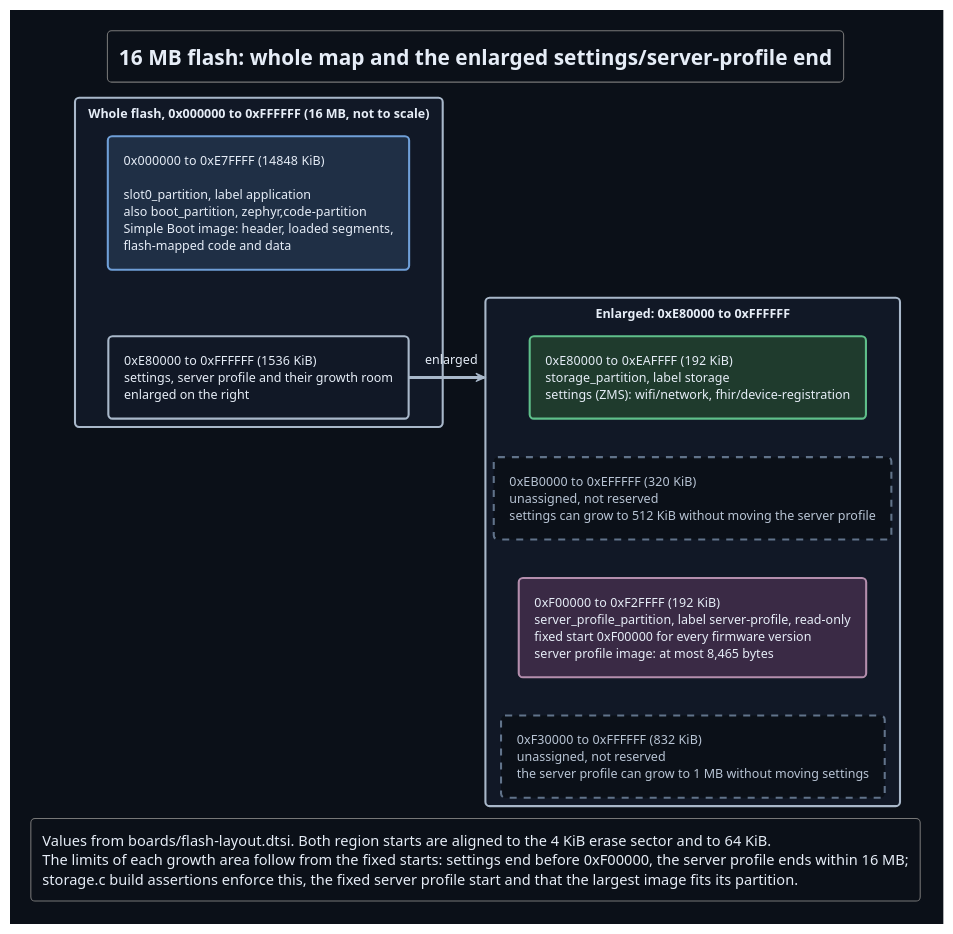
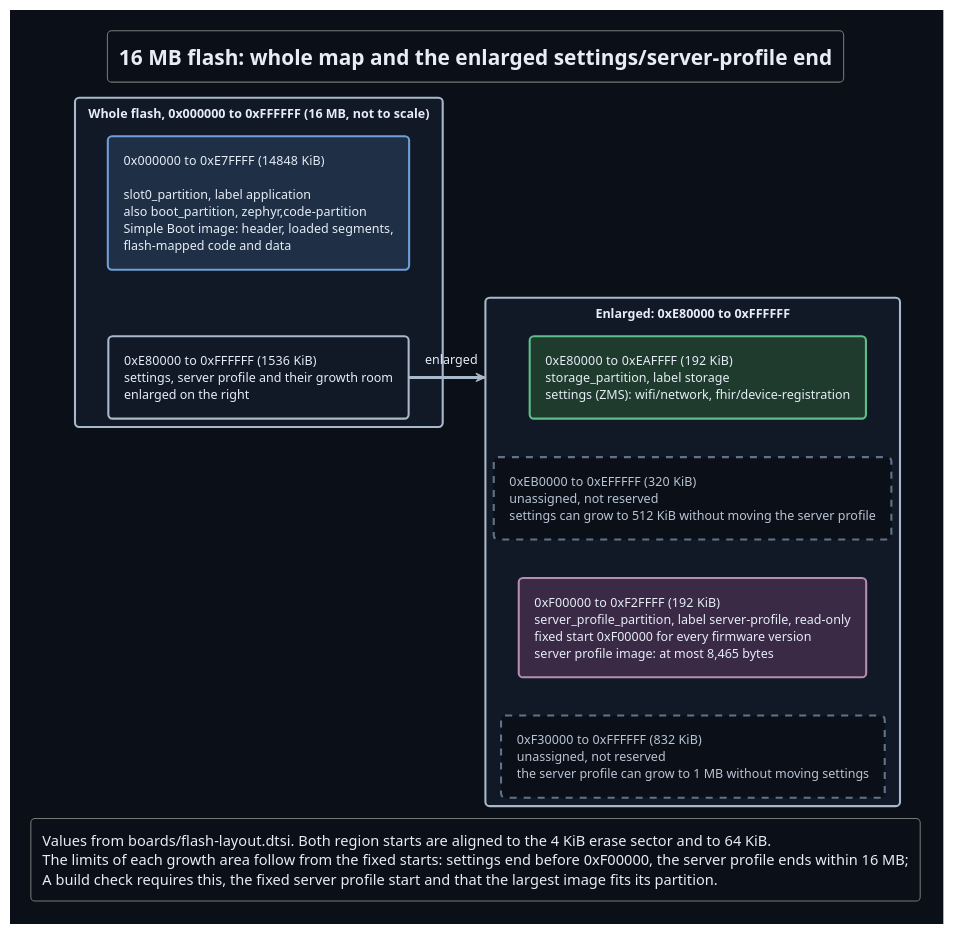
Before and after one commit to DemonicPsychoII/DigitalStethoscope: the diagram in Development/system/design/STORAGE/flash-layout.puml, drawn with PlantUML. The commit also changed 5 other files, not shown here.

First line of the commit message:
documentation: keep the flash build section as design, move timing values out of the lifecycle view and restore the reason for the late validity check

```diff
--- a/Development/system/design/STORAGE/flash-layout.puml
+++ b/Development/system/design/STORAGE/flash-layout.puml
@@ -1,49 +1,49 @@
 @startuml flash_layout
 !theme cyborg
 !pragma layout smetana
 skinparam shadowing false
 skinparam defaultFontName SansSerif
 skinparam backgroundColor #0b1018
 skinparam defaultFontColor #e6edf7
 skinparam ArrowColor #a9b8ca
 skinparam rectangle {
  BackgroundColor #111826
  BorderColor #a9b8ca
  BackgroundColor<<application>> #1f2f45
  BorderColor<<application>> #6f9fd8
  BackgroundColor<<settings>> #1f3b2d
  BorderColor<<settings>> #5fbf8a
  BackgroundColor<<profile>> #3a2a45
  BorderColor<<profile>> #b48ead
  BackgroundColor<<unassigned>> #0b1018
  BorderColor<<unassigned>> #61738a
  FontColor<<unassigned>> #b8c4d4
  BorderStyle<<unassigned>> dashed
 }
 hide stereotype
 title 16 MB flash: whole map and the enlarged settings/server-profile end
 
 rectangle "Whole flash, 0x000000 to 0xFFFFFF (16 MB, not to scale)" as Whole {
  rectangle "0x000000 to 0xE7FFFF  (14848 KiB)\n\nslot0_partition, label application\nalso boot_partition, zephyr,code-partition\nSimple Boot image: header, loaded segments,\nflash-mapped code and data" as Application <<application>>
  rectangle "0xE80000 to 0xFFFFFF  (1536 KiB)\nsettings, server profile and their growth room\nenlarged on the right" as End
  Application -[hidden]down- End
 }
 
 rectangle "Enlarged: 0xE80000 to 0xFFFFFF" as Zoom {
  rectangle "0xE80000 to 0xEAFFFF  (192 KiB)\nstorage_partition, label storage\nsettings (ZMS): wifi/network, fhir/device-registration" as Settings <<settings>>
  rectangle "0xEB0000 to 0xEFFFFF  (320 KiB)\nunassigned, not reserved\nsettings can grow to 512 KiB without moving the server profile" as SettingsGrowth <<unassigned>>
  rectangle "0xF00000 to 0xF2FFFF  (192 KiB)\nserver_profile_partition, label server-profile, read-only\nfixed start 0xF00000 for every firmware version\nserver profile image: at most 8,465 bytes" as Profile <<profile>>
  rectangle "0xF30000 to 0xFFFFFF  (832 KiB)\nunassigned, not reserved\nthe server profile can grow to 1 MB without moving settings" as ProfileGrowth <<unassigned>>
  Settings -[hidden]down- SettingsGrowth
  SettingsGrowth -[hidden]down- Profile
  Profile -[hidden]down- ProfileGrowth
 }
 
 End -right-> Zoom : enlarged
 
 legend bottom left
  Values from boards/flash-layout.dtsi. Both region starts are aligned to the 4 KiB erase sector and to 64 KiB.
  The limits of each growth area follow from the fixed starts: settings end before 0xF00000, the server profile ends within 16 MB;
- storage.c build assertions enforce this, the fixed server profile start and that the largest image fits its partition.
+ A build check requires this, the fixed server profile start and that the largest image fits its partition.
 endlegend
 @enduml
```
